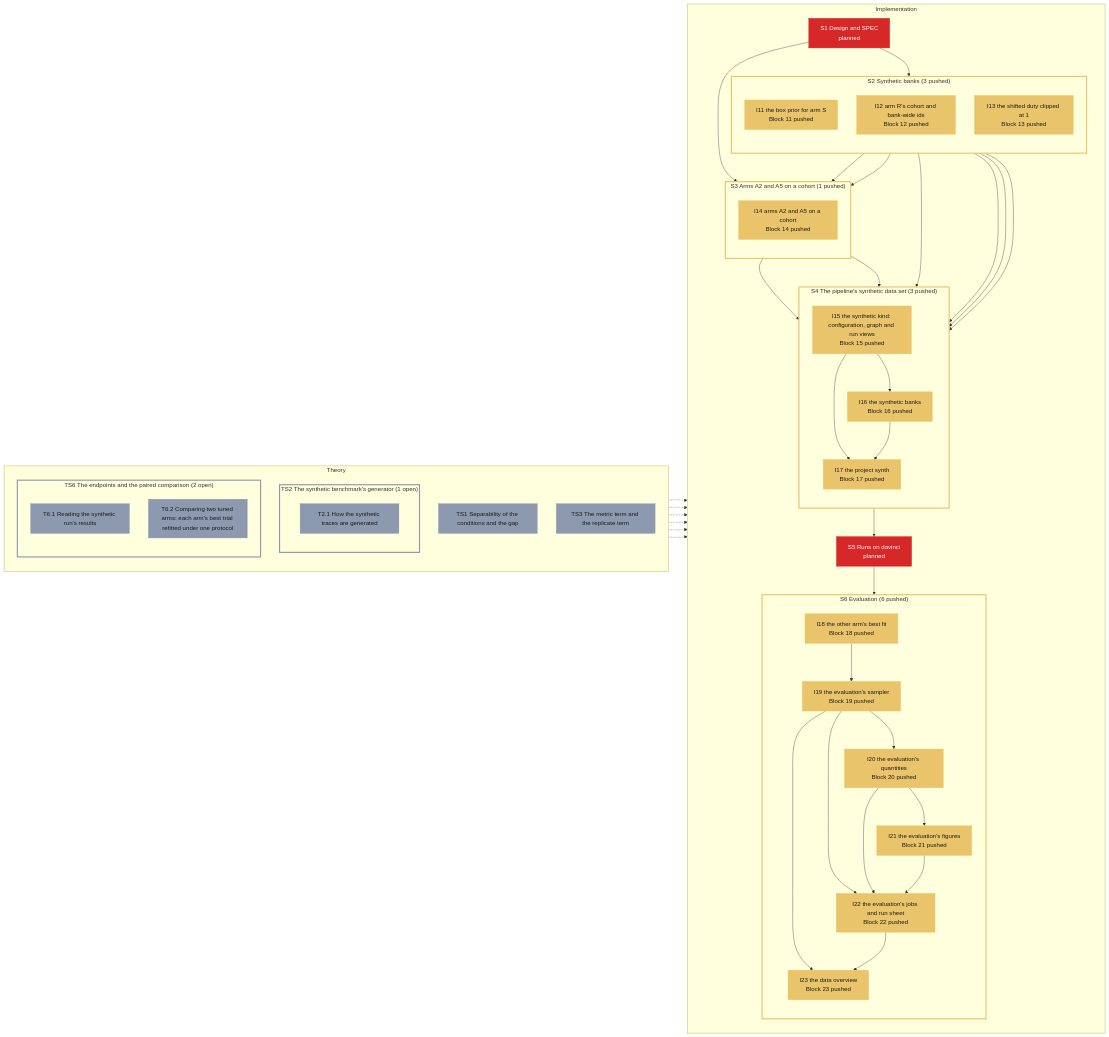
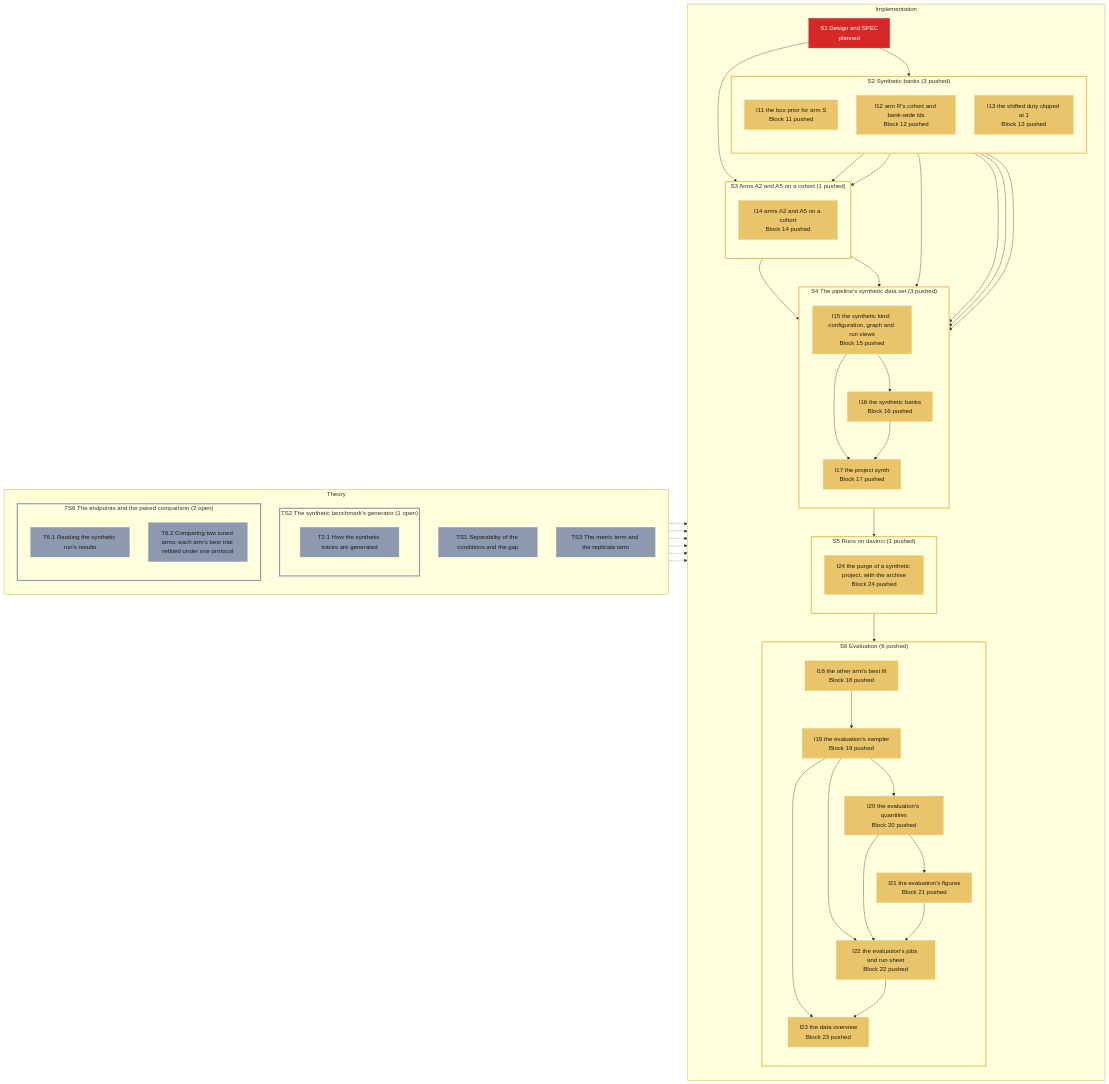
Before and after one commit to Leonardodm00/Simulation-Based-Inference: the diagram in specs/roadmap/synth.md, drawn with Mermaid. The commit also changed other lines of this file and 1 other file, not shown here.

Commit message:
roadmap: synth I24 added (block 24, the purge with the archive, under S5); S5 reworded for the relaunch (D-132)
Claude-Session: https://claude.ai/code/session_015FuK9zUnAx2bAGmAbFphw4

````diff
--- a/specs/roadmap/synth.md
+++ b/specs/roadmap/synth.md
@@ -49,7 +49,10 @@
             I16["I16 the synthetic banks<br/>Block 16 pushed"]:::pushed
             I17["I17 the project synth<br/>Block 17 pushed"]:::pushed
         end
-        S5["S5 Runs on davinci<br/>planned"]:::planned
+        subgraph grp_S5["S5 Runs on davinci (1 pushed)"]
+            direction TB
+            I24["I24 the purge of a synthetic project, with the archive<br/>Block 24 pushed"]:::pushed
+        end
         subgraph grp_S6["S6 Evaluation (6 pushed)"]
             direction TB
             I18["I18 the other arm's best fit<br/>Block 18 pushed"]:::pushed
@@ -63,8 +66,8 @@
         S1 --> grp_S3
         grp_S2 --> grp_S4
         grp_S3 --> grp_S4
-        grp_S4 --> S5
-        S5 --> grp_S6
+        grp_S4 --> grp_S5
+        grp_S5 --> grp_S6
         I11 --> I14
         I12 --> I14
         I11 --> I16
@@ -94,5 +97,6 @@
     style grp_S2 stroke:#e9c46a,stroke-width:3px
     style grp_S3 stroke:#e9c46a,stroke-width:3px
     style grp_S4 stroke:#e9c46a,stroke-width:3px
+    style grp_S5 stroke:#e9c46a,stroke-width:3px
     style grp_S6 stroke:#e9c46a,stroke-width:3px
 ```
````
